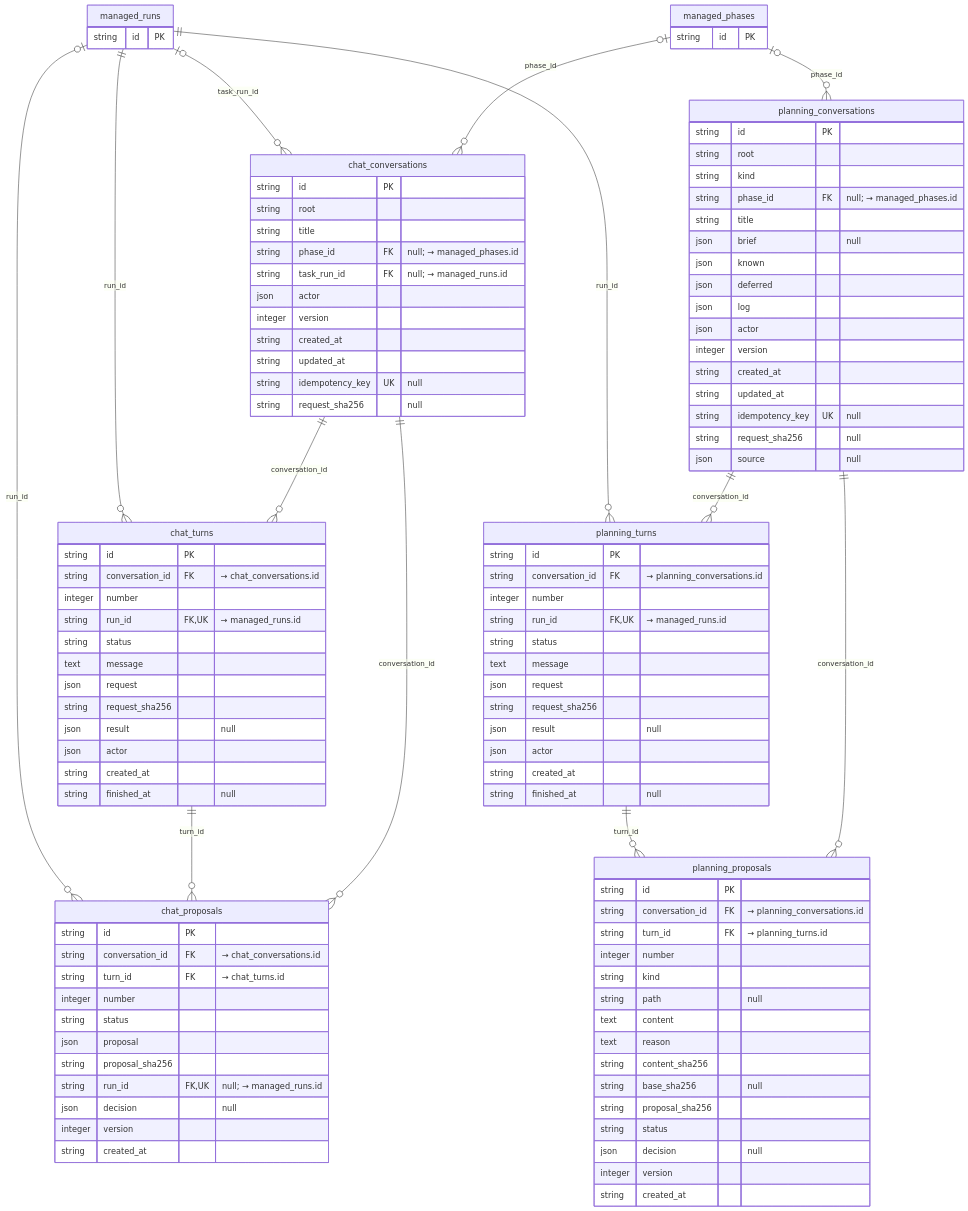
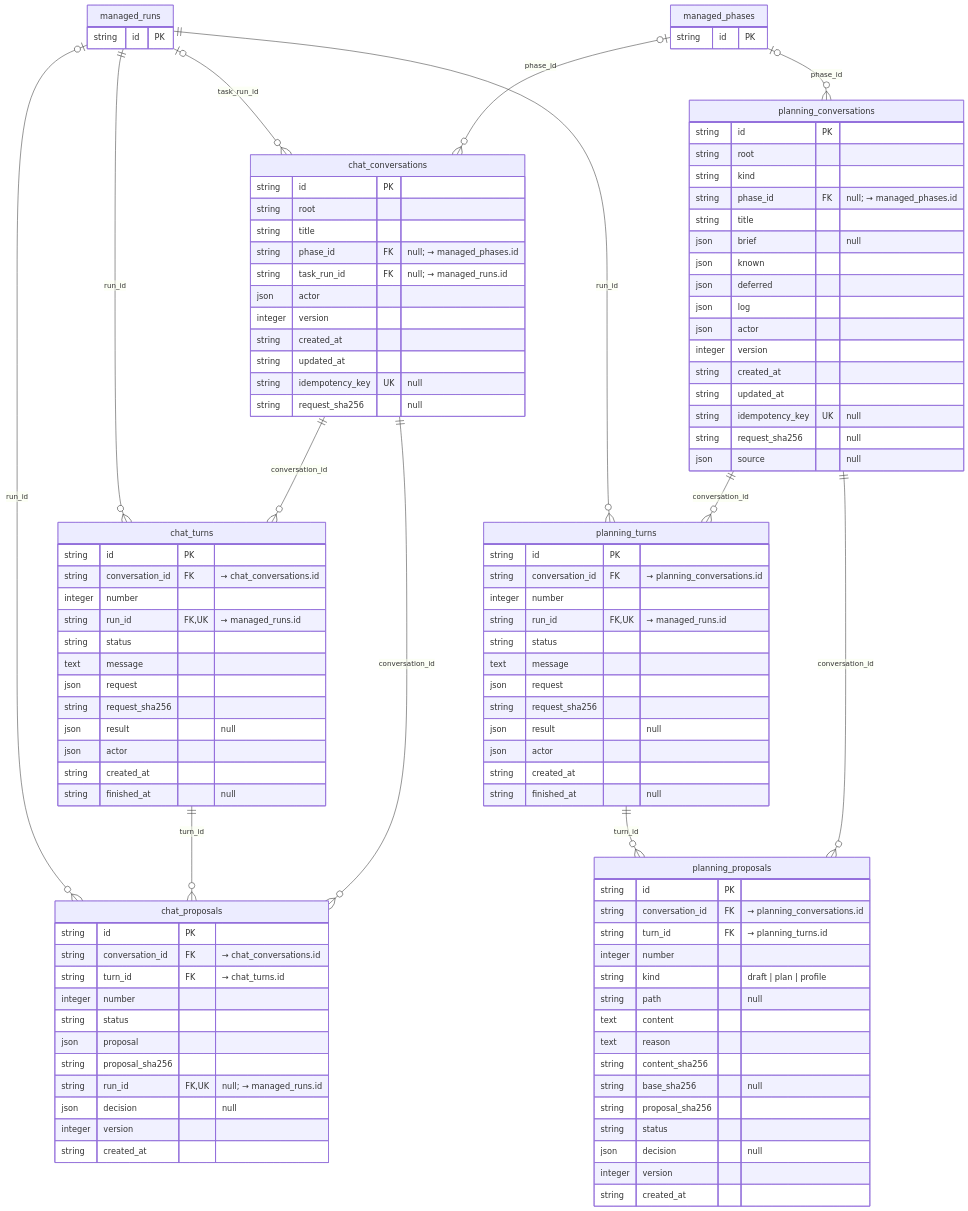
One commit to AcostaDDev/my-harness-archive changed the sixth of 13 diagrams in docs/DDBB-DIAGRAM.md. Above: the diagram before and after it, drawn with Mermaid. The commit also changed other lines of this file and 45 other files, not shown here.

```diff
--- a/docs/DDBB-DIAGRAM.md
+++ b/docs/DDBB-DIAGRAM.md
@@ -507,7 +527,7 @@
         string conversation_id FK "→ planning_conversations.id"
         string turn_id FK "→ planning_turns.id"
         integer number
-        string kind
+        string kind "draft | plan | profile"
         string path "null"
         text content
         text reason
```
